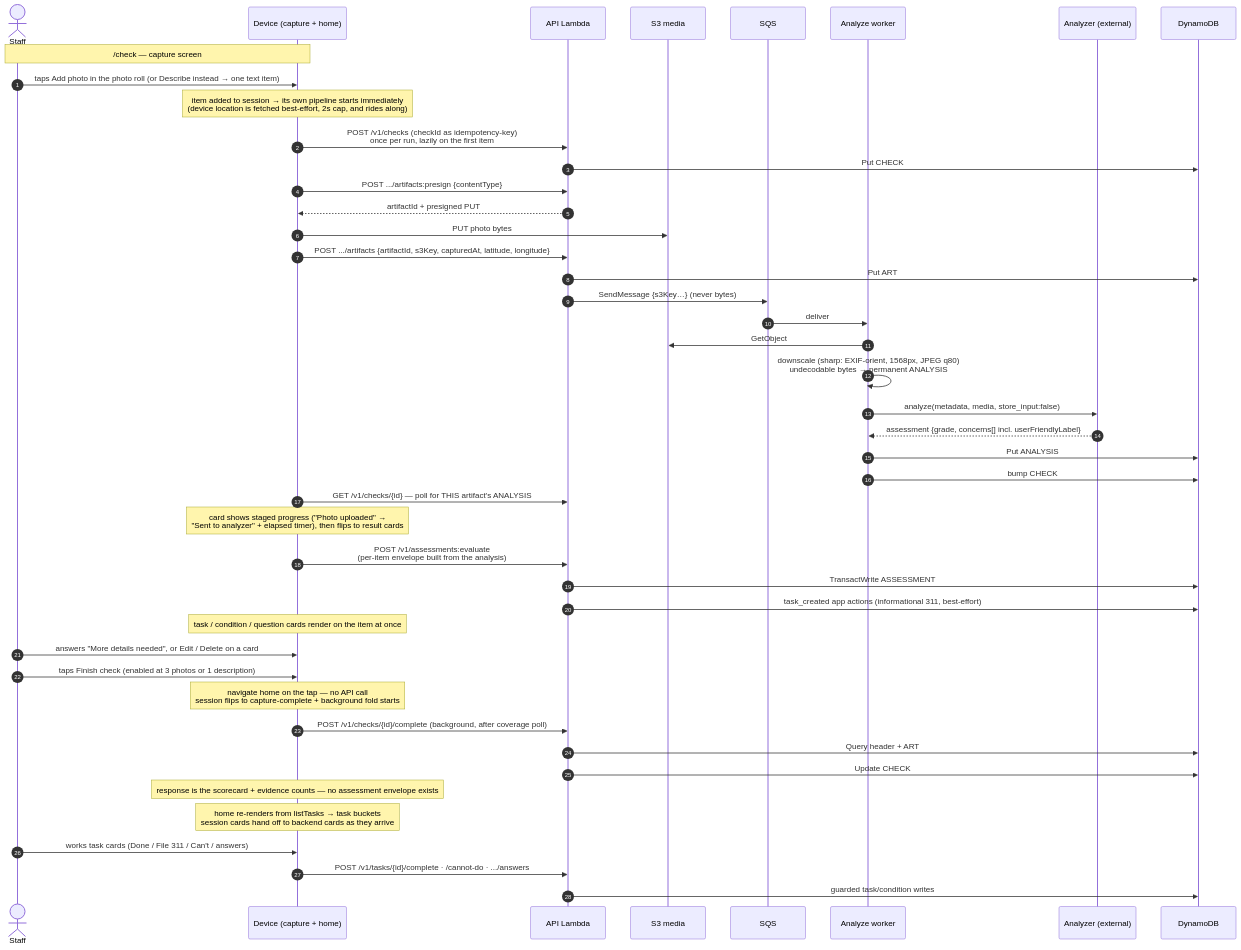
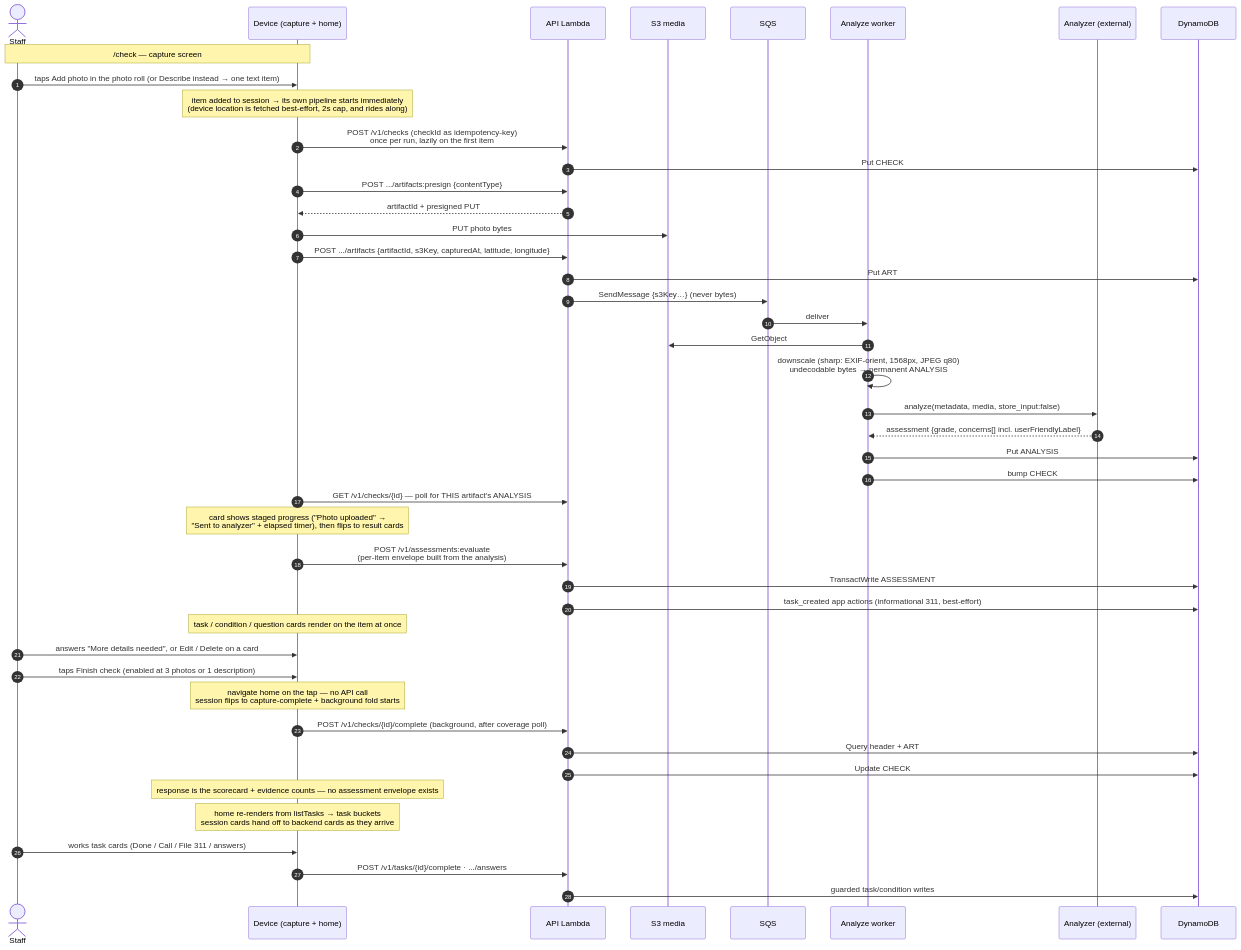
Before and after one commit to Mayor-s-Office-of-Innovation/good-neighbor-app: the first of 6 diagrams in docs/perimeter-check-data-flow.md, drawn with Mermaid. The commit also changed other lines of this file and 12 other files, not shown here.

````diff
--- a/docs/perimeter-check-data-flow.md
+++ b/docs/perimeter-check-data-flow.md
@@ -58,48 +58,48 @@
 ```mermaid
 sequenceDiagram
   autonumber
   actor Staff
   participant UI as Device (capture + home)
   participant API as API Lambda
   participant S3 as S3 media
   participant Q as SQS
   participant W as Analyze worker
   participant AZ as Analyzer (external)
   participant DB as DynamoDB
 
   Note over Staff,UI: /check — capture screen
   Staff->>UI: taps Add photo in the photo roll (or Describe instead → one text item)
   Note over UI: item added to session → its own pipeline starts immediately<br/>(device location is fetched best-effort, 2s cap, and rides along)
   UI->>API: POST /v1/checks (checkId as idempotency-key)<br/>once per run, lazily on the first item
   API->>DB: Put CHECK# header {status:"in_progress"}
   UI->>API: POST .../artifacts:presign {contentType}
   API-->>UI: artifactId + presigned PUT
   UI->>S3: PUT photo bytes
   UI->>API: POST .../artifacts {artifactId, s3Key, capturedAt, latitude, longitude}
   API->>DB: Put ART# (conditional)
   API->>Q: SendMessage {s3Key…} (never bytes)
   Q->>W: deliver
   W->>S3: GetObject
   W->>W: downscale (sharp: EXIF-orient, 1568px, JPEG q80)<br/>undecodable bytes → permanent ANALYSIS# failed marker
   W->>AZ: analyze(metadata, media, store_input:false)
   AZ-->>W: assessment {grade, concerns[] incl. userFriendlyLabel}
   W->>DB: Put ANALYSIS# (conditional; success overwrites a failed marker only)
   W->>DB: bump CHECK# counters (best-effort)
   UI->>API: GET /v1/checks/{id} — poll for THIS artifact's ANALYSIS#<br/>(2s cadence, 180s cap)
   Note over UI: card shows staged progress ("Photo uploaded" →<br/>"Sent to analyzer" + elapsed timer), then flips to result cards
   UI->>API: POST /v1/assessments:evaluate<br/>(per-item envelope built from the analysis)
   API->>DB: TransactWrite ASSESSMENT# + COND# ×n + TASK# ×m<br/>(shortIds allocated from the site counter)
   API->>DB: task_created app actions (informational 311, best-effort)
   Note over UI: task / condition / question cards render on the item at once
   Staff->>UI: answers "More details needed", or Edit / Delete on a card
   Staff->>UI: taps Finish check (enabled at 3 photos or 1 description)
   Note over UI: navigate home on the tap — no API call<br/>session flips to capture-complete + background fold starts
   UI->>API: POST /v1/checks/{id}/complete (background, after coverage poll)
   API->>DB: Query header + ART# + ANALYSIS# (consistent)<br/>409 analyzing until every artifact has an ANALYSIS#
   API->>DB: Update CHECK# header (scorecard + photoCount/textCount/evidenceKind,<br/>status="completed", once-only)
   Note over UI: response is the scorecard + evidence counts — no assessment envelope exists
   Note over UI: home re-renders from listTasks → task buckets<br/>session cards hand off to backend cards as they arrive
-  Staff->>UI: works task cards (Done / File 311 / Can't / answers)
-  UI->>API: POST /v1/tasks/{id}/complete · /cannot-do · .../answers
+  Staff->>UI: works task cards (Done / Call / File 311 / answers)
+  UI->>API: POST /v1/tasks/{id}/complete · .../answers
   API->>DB: guarded task/condition writes
 ```
````
